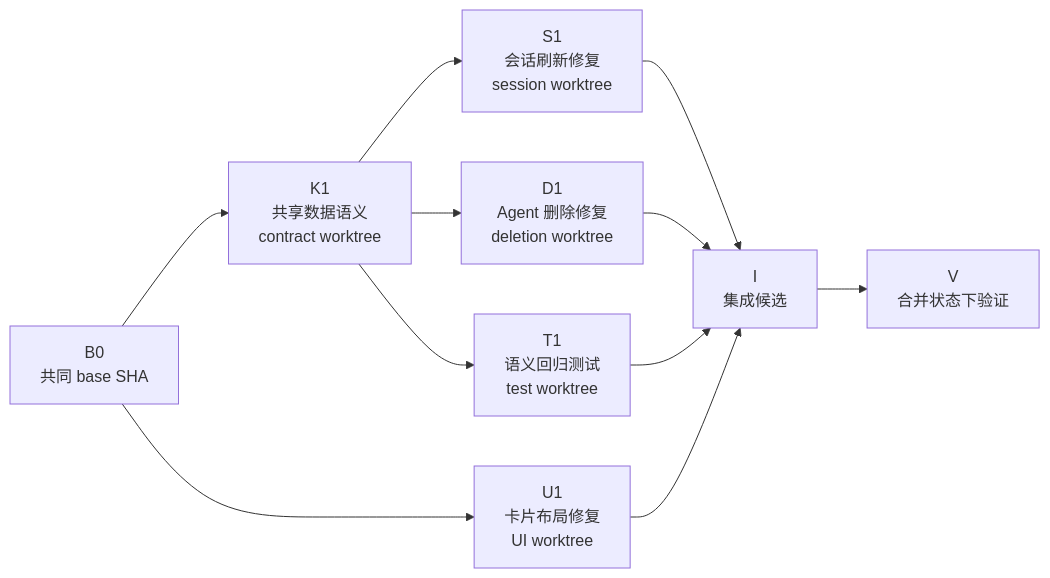
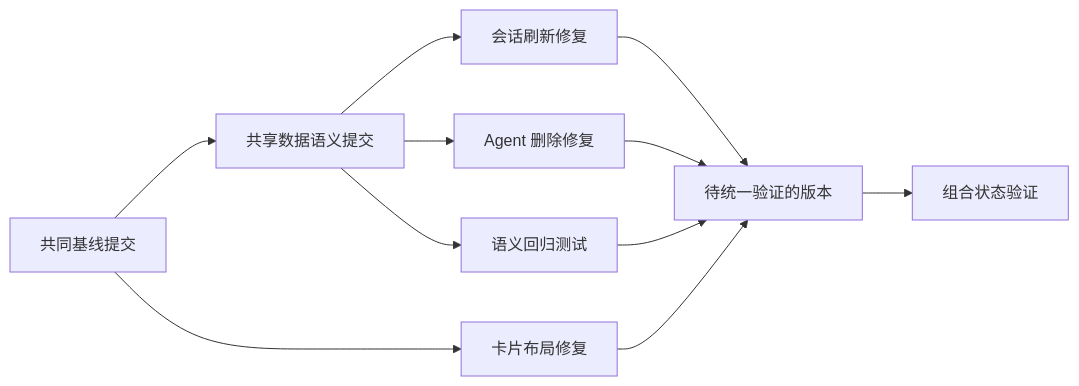
Before and after one commit to shuqianglin1997/agent-desk: the third of 5 diagrams in docs/MULTI_AGENT_ENGINEERING_WORKFLOW_GUIDE.md, drawn with Mermaid. The commit also changed other lines of this file, not shown here.

Commit message:
docs: clarify multi-agent engineering workflow

````diff
--- a/docs/MULTI_AGENT_ENGINEERING_WORKFLOW_GUIDE.md
+++ b/docs/MULTI_AGENT_ENGINEERING_WORKFLOW_GUIDE.md
@@ -331,13 +345,13 @@
 ```mermaid
 flowchart LR
-  B0["B0<br/>共同 base SHA"] --> K1["K1<br/>共享数据语义<br/>contract worktree"]
-  B0 --> U1["U1<br/>卡片布局修复<br/>UI worktree"]
-  K1 --> S1["S1<br/>会话刷新修复<br/>session worktree"]
-  K1 --> D1["D1<br/>Agent 删除修复<br/>deletion worktree"]
-  K1 --> T1["T1<br/>语义回归测试<br/>test worktree"]
-  S1 --> I["I<br/>集成候选"]
-  D1 --> I
-  T1 --> I
-  U1 --> I
-  I --> V["V<br/>合并状态下验证"]
+  B["共同基线提交"] --> K["共享数据语义提交"]
+  B --> U["卡片布局修复"]
+  K --> S["会话刷新修复"]
+  K --> D["Agent 删除修复"]
+  K --> T["语义回归测试"]
+  S --> I["待统一验证的版本"]
+  D --> I
+  T --> I
+  U --> I
+  I --> V["组合状态验证"]
 ```
````
